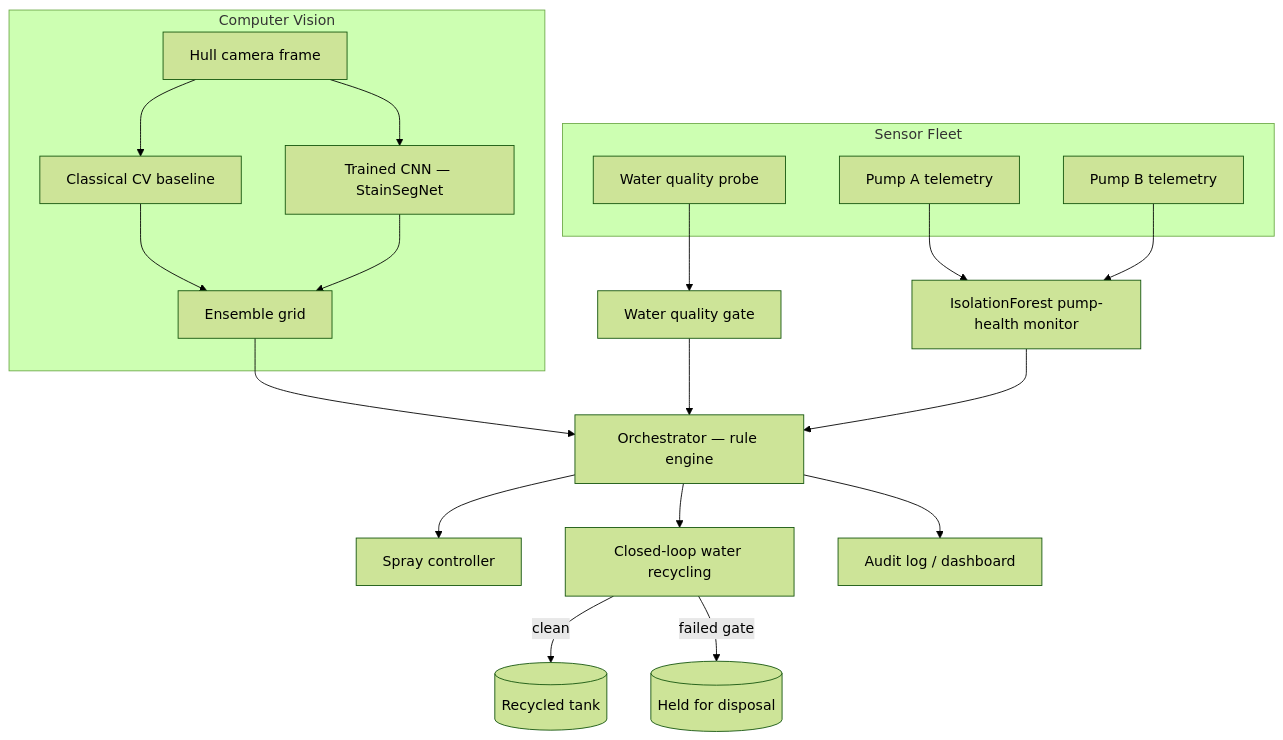
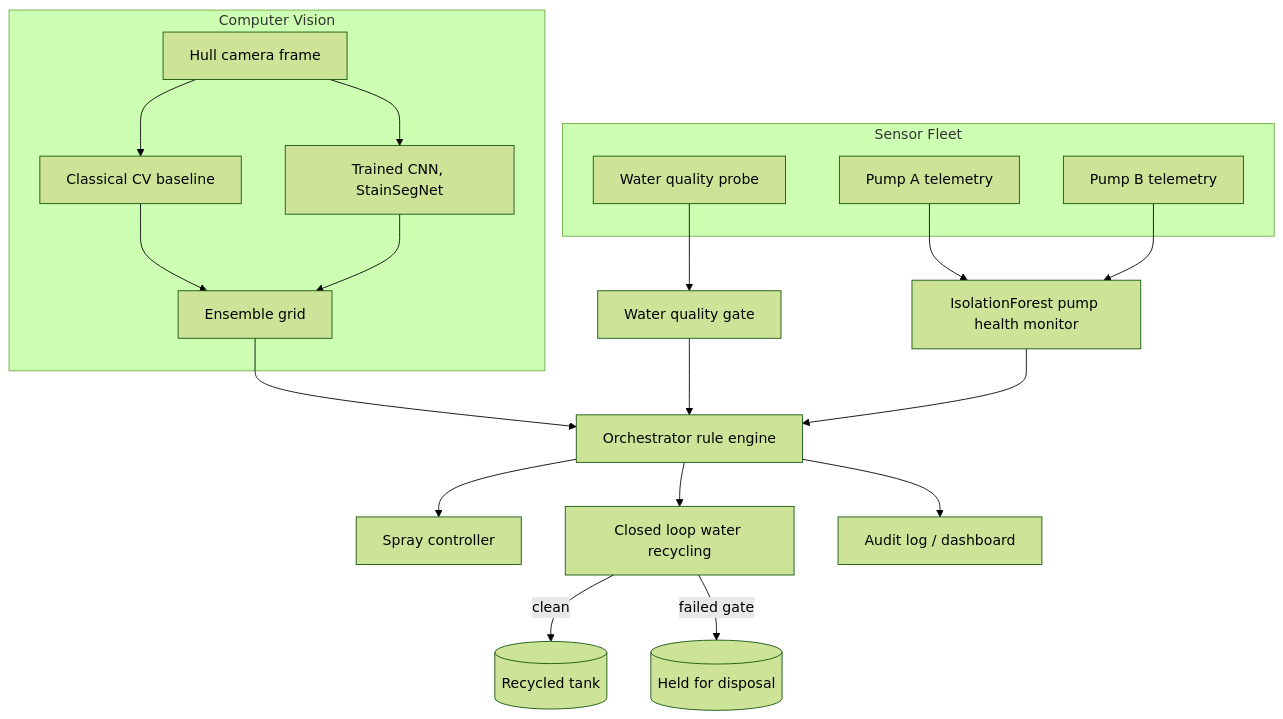
The diagram in README.md (yeamin1414/HullSense-Mott-Macdonald-Industry-Project), drawn with Mermaid (forest theme) before and after one commit. The commit also changed other lines of this file, not shown here.

````diff
--- a/README.md
+++ b/README.md
@@ -62,24 +91,24 @@
 ```mermaid
 flowchart TD
     subgraph Vision["Computer Vision"]
         CAM[Hull camera frame] --> CLS[Classical CV baseline]
-        CAM --> CNN[Trained CNN — StainSegNet]
+        CAM --> CNN[Trained CNN, StainSegNet]
         CLS --> ENS[Ensemble grid]
         CNN --> ENS
     end
     subgraph Sensing["Sensor Fleet"]
         WQ[Water quality probe]
         PA[Pump A telemetry]
         PB[Pump B telemetry]
     end
-    PA --> IF[IsolationForest pump-health monitor]
+    PA --> IF[IsolationForest pump health monitor]
     PB --> IF
-    ENS --> ORCH[Orchestrator — rule engine]
+    ENS --> ORCH[Orchestrator rule engine]
     WQ --> GATE[Water quality gate] --> ORCH
     IF --> ORCH
     ORCH --> SPRAY[Spray controller]
-    ORCH --> LOOP[Closed-loop water recycling]
+    ORCH --> LOOP[Closed loop water recycling]
     LOOP -->|clean| TANK[(Recycled tank)]
     LOOP -->|failed gate| DISP[(Held for disposal)]
     ORCH --> LOG[Audit log / dashboard]
 ```
````
